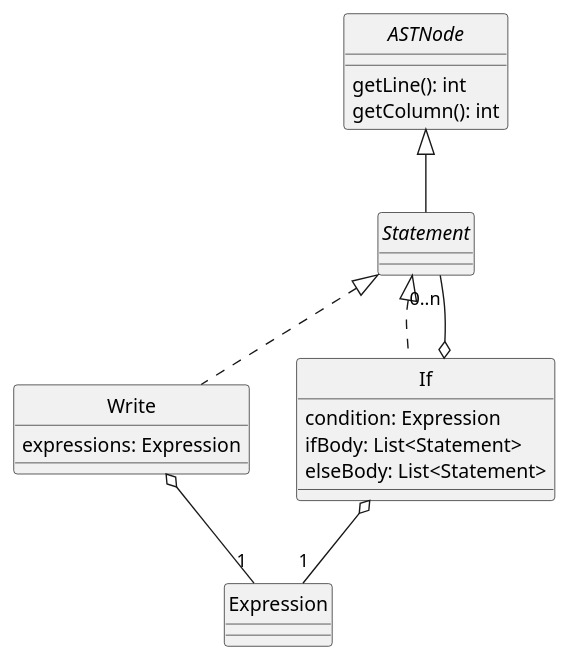
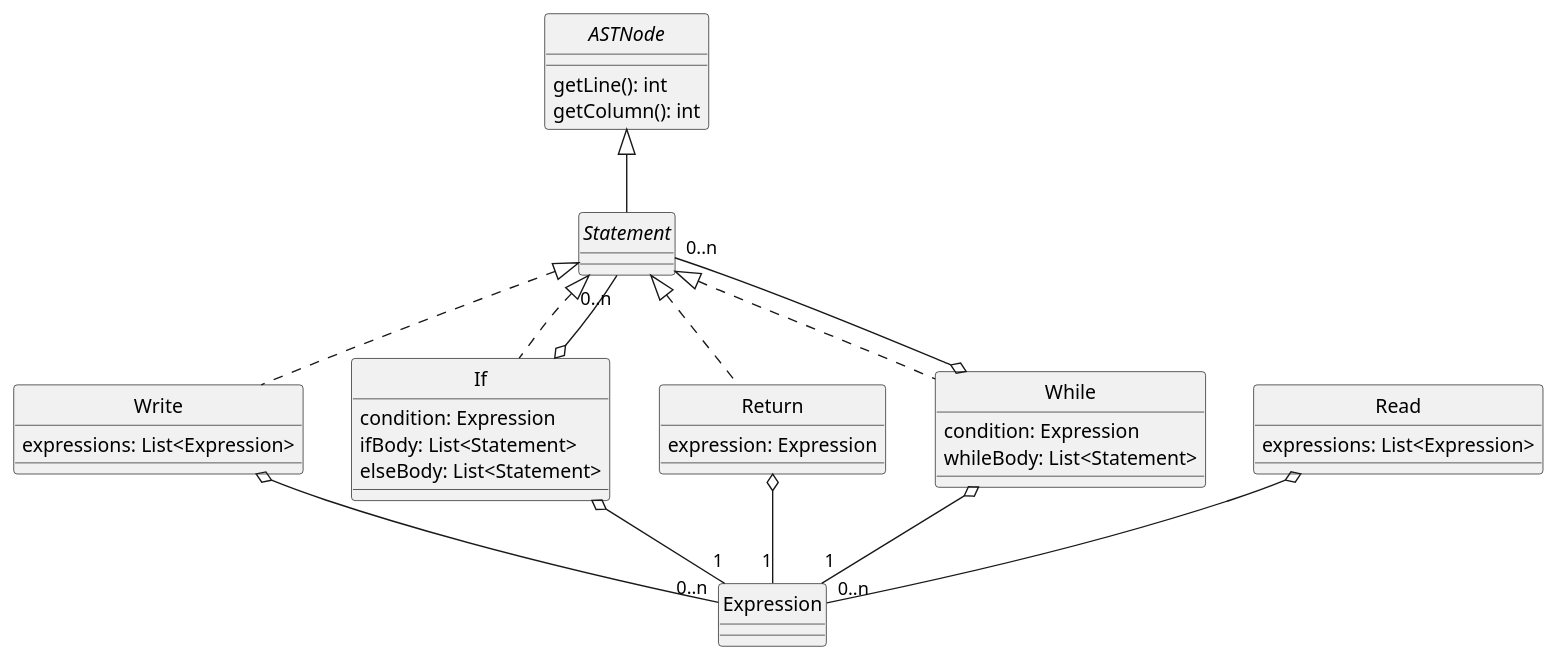
One commit to uo277516/dlp-compiler changed the diagram in docs/diagrams/statements.plantuml. Above: the diagram before and after it, drawn with PlantUML. The commit also changed 3 other files, not shown here.

Commit message:
Diagramas actualizados en casa

```diff
--- a/docs/diagrams/statements.plantuml
+++ b/docs/diagrams/statements.plantuml
@@ -1,35 +1,55 @@
 @startuml Statements
 skinparam style strictuml
 skinparam monochrome true
 
 
 interface ASTNode {
     getLine(): int
     getColumn(): int
 }
 
 interface Statement
 
 class Write {
-    expressions: Expression
+    expressions: List<Expression>
+}
 
+class Read {
+    expressions: List<Expression>
 }
 
 class If {
     condition: Expression
     ifBody: List<Statement>
     elseBody: List<Statement>
 }
 
+class Return {
+    expression: Expression
+}
+
+class While {
+    condition: Expression
+    whileBody: List<Statement>
+}
+
 
 ASTNode <|-- Statement
 Statement <|.. If
 Statement <|.. Write
+Statement <|.. Return
+Statement <|.. While
 
 
 If o-- "1" Expression
-Write o-- "1" Expression
 If o-- "0..n" Statement
 
+While o-- "1" Expression
+While o-- "0..n" Statement
+
+Write o-- "0..n" Expression
+Read o-- "0..n" Expression
+
+Return o-- "1" Expression
 
 @enduml
```
